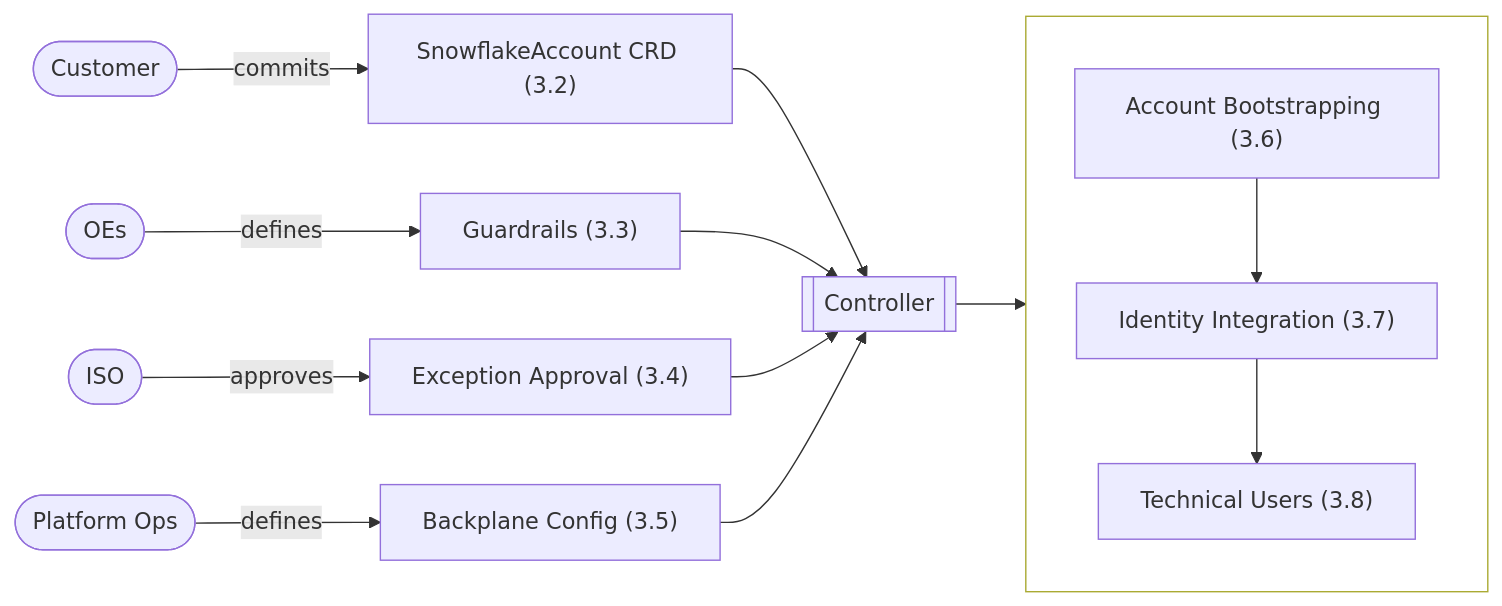
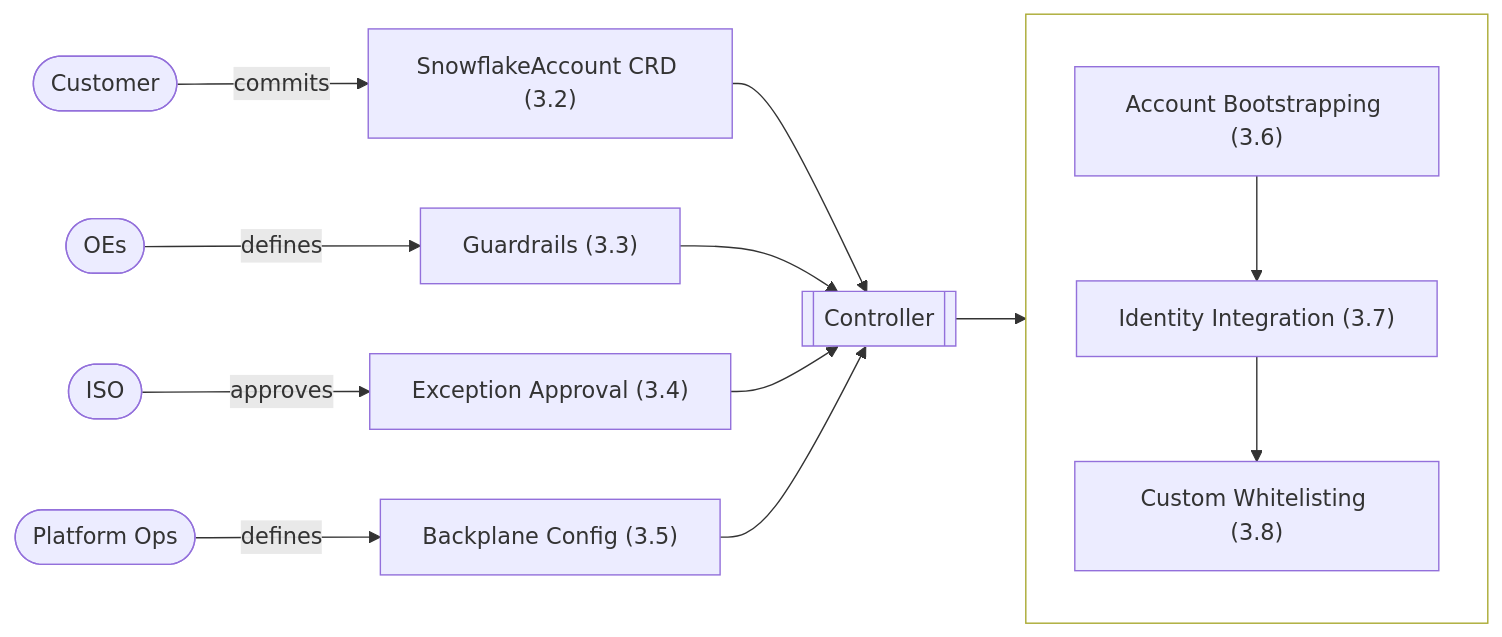
The diagram in specs/design.md (allianz/yukimi), drawn with Mermaid before and after one commit. The commit also changed other lines of this file, not shown here.

Commit message:
added custom account whitelisting

````diff
--- a/specs/design.md
+++ b/specs/design.md
@@ -113,22 +113,22 @@
 ```mermaid
 flowchart LR
     Customer([Customer]) -->|commits| CRD["SnowflakeAccount CRD (3.2)"]
     OEs([OEs]) -->|defines| Guardrails["Guardrails (3.3)"]
     ISO([ISO]) -->|approves| Exceptions["Exception Approval (3.4)"]
     Ops([Platform Ops]) -->|defines| BackplaneConfig["Backplane Config (3.5)"]
 
     CRD --> Controller[[Controller]]
     Guardrails --> Controller
     Exceptions --> Controller
     BackplaneConfig --> Controller
 
     Controller --> CreateFlow
 
     subgraph createFlowGroup [" "]
         direction TB
         CreateFlow["Account Bootstrapping (3.6)"] --> IdentityIntegration["Identity Integration (3.7)"]
-        IdentityIntegration --> Whitelisting["Technical Users (3.8)"]
+        IdentityIntegration --> Whitelisting["Custom Whitelisting (3.8)"]
     end
 
     style createFlowGroup fill:transparent
 ```
````
